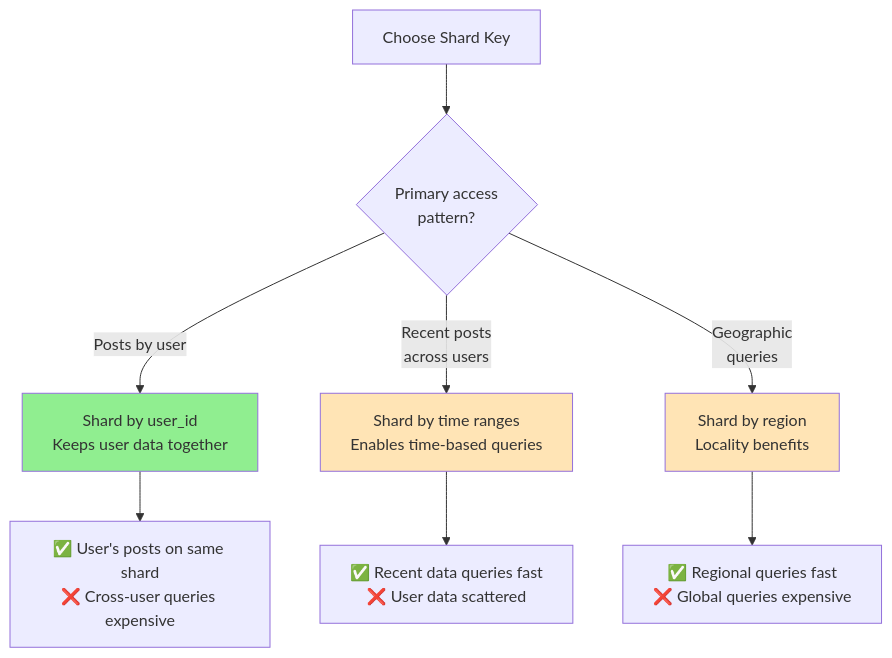
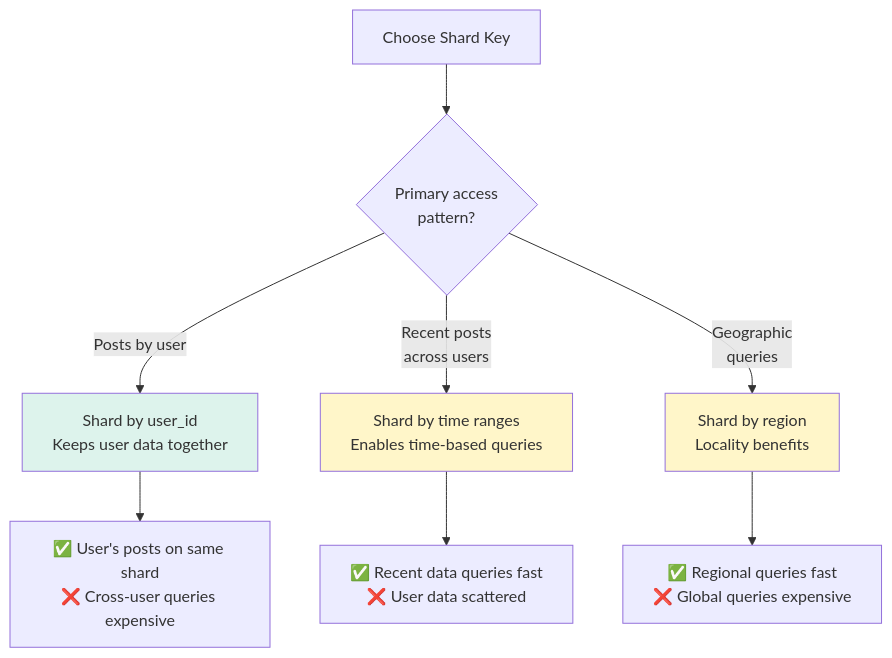
One commit to cartmancodes/InterviewVault changed diagram 18 of 27 in LLD/CoreConcepts/DataModelling.md. Above: the diagram before and after it, drawn with Mermaid. The commit also changed other lines of this file and 679 other files, not shown here.

Commit message:
Unify content diagrams and add accessible visual walkthroughs

````diff
--- a/LLD/CoreConcepts/DataModelling.md
+++ b/LLD/CoreConcepts/DataModelling.md
@@ -775,18 +775,18 @@
 ```mermaid
 flowchart TB
     START[Choose Shard Key]
     
     START --> Q1{Primary access<br/>pattern?}
     
     Q1 -->|Posts by user| USER[Shard by user_id<br/>Keeps user data together]
     Q1 -->|Recent posts<br/>across users| TIME[Shard by time ranges<br/>Enables time-based queries]
     Q1 -->|Geographic<br/>queries| GEO[Shard by region<br/>Locality benefits]
     
     USER --> USERP[✅ User's posts on same shard<br/>❌ Cross-user queries expensive]
     TIME --> TIMEP[✅ Recent data queries fast<br/>❌ User data scattered]
     GEO --> GEOP[✅ Regional queries fast<br/>❌ Global queries expensive]
     
-    style USER fill:#90EE90
-    style TIME fill:#FFE4B5
-    style GEO fill:#FFE4B5
+    style USER fill:#DDF3EC
+    style TIME fill:#FFF6C9
+    style GEO fill:#FFF6C9
 ```
````
